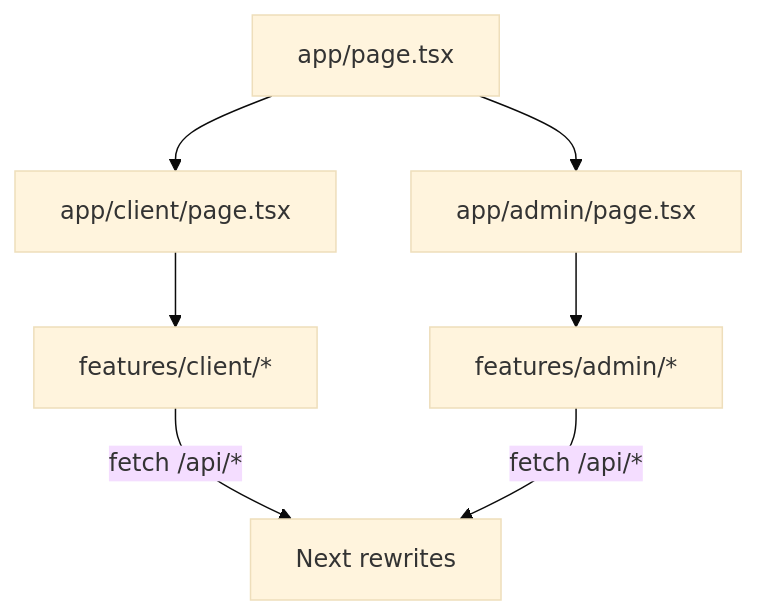
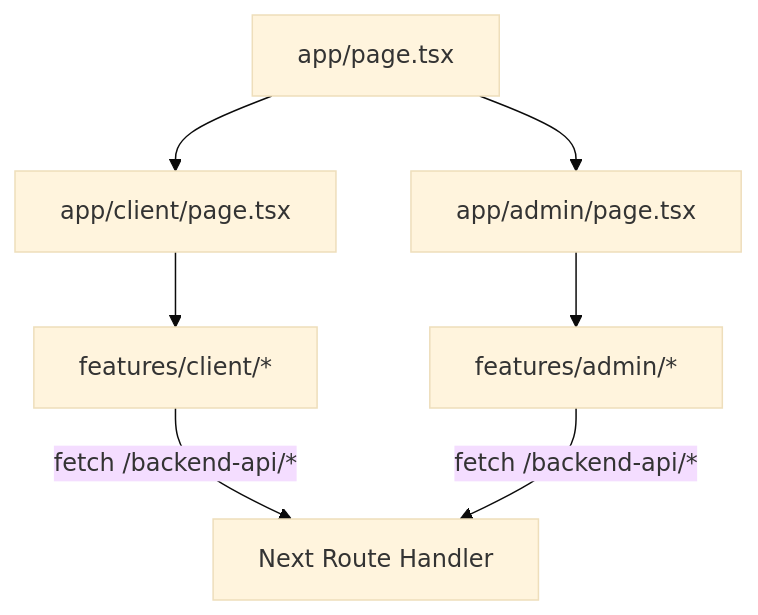
The fourth of 5 diagrams in _docs/実装状況.md (Uzy03/Hackathon_2026-3-7), drawn with Mermaid (base theme) before and after one commit. The commit also changed other lines of this file and 4 other files, not shown here.

````diff
--- a/_docs/実装状況.md
+++ b/_docs/実装状況.md
@@ -189,9 +201,9 @@
 ```mermaid
 flowchart TB
   Root[app/page.tsx] --> Client[app/client/page.tsx]
   Root --> Admin[app/admin/page.tsx]
   Client --> ClientUI[features/client/*]
   Admin --> AdminUI[features/admin/*]
-  ClientUI -->|fetch /api/*| APIProxy[Next rewrites]
-  AdminUI -->|fetch /api/*| APIProxy
+  ClientUI -->|fetch /backend-api/*| APIProxy[Next Route Handler]
+  AdminUI -->|fetch /backend-api/*| APIProxy
 ```
````
